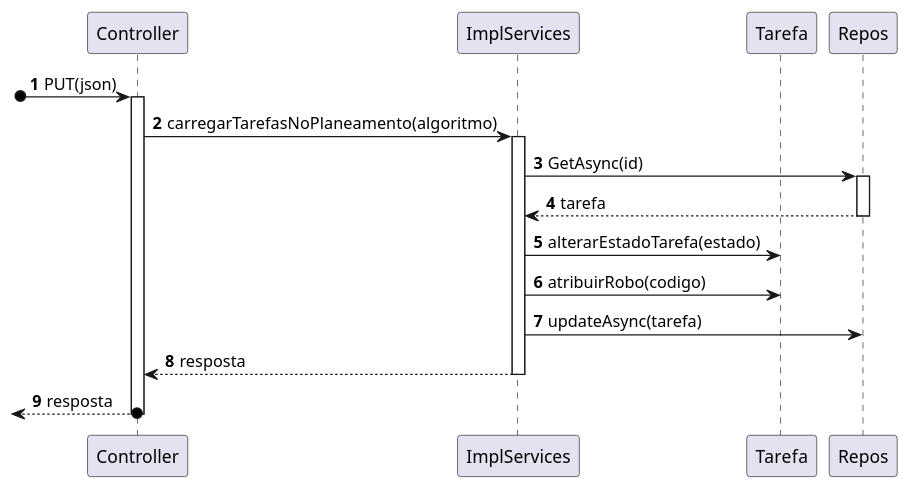
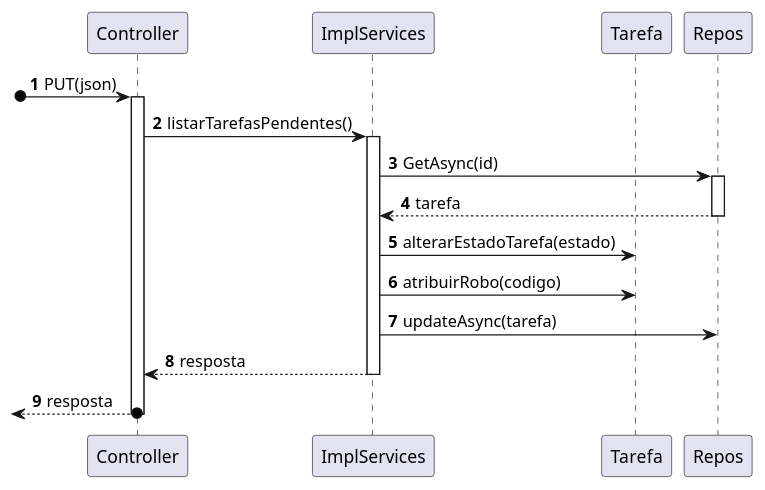
One commit to SEM5PI2324G58/sem5pi_g58_23_24 changed the diagram in docs/Sprint_C/US_470/US470.1/N3/N3_VP.puml. Above: the diagram before and after it, drawn with PlantUML. The commit also changed 7 other files, not shown here.

```diff
--- a/docs/Sprint_C/US_470/US470.1/N3/N3_VP.puml
+++ b/docs/Sprint_C/US_470/US470.1/N3/N3_VP.puml
@@ -1,21 +1,21 @@
 autonumber
  
 
 participant "Controller" as ctrl
 participant "ImplServices" as service
 participant "Tarefa" as domain
 participant "Repos" as repo
 
 
 [o-> ctrl: PUT(json)
 activate ctrl
-ctrl -> service: carregarTarefasNoPlaneamento(algoritmo) 
+ctrl -> service: listarTarefasPendentes() 
 activate service
 service -> repo : GetAsync(id)
 activate repo
 return tarefa
 service -> domain : alterarEstadoTarefa(estado)
 service -> domain : atribuirRobo(codigo)
 service -> repo : updateAsync(tarefa)
 return resposta
 return resposta
```
